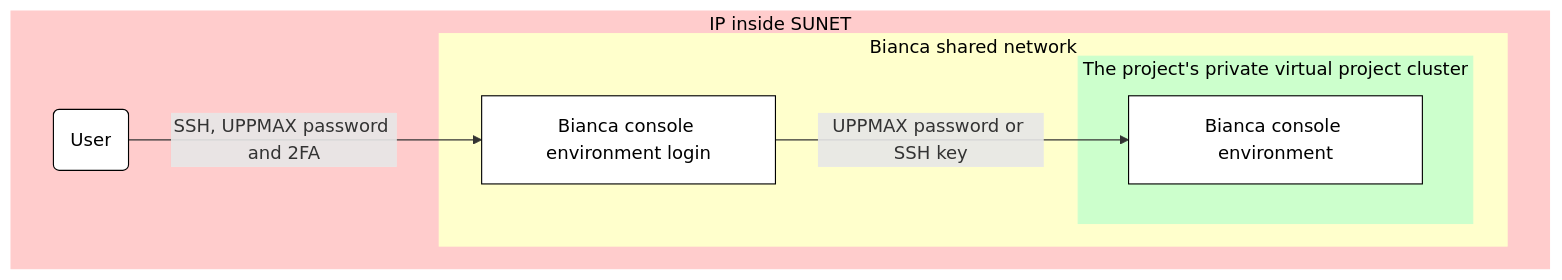
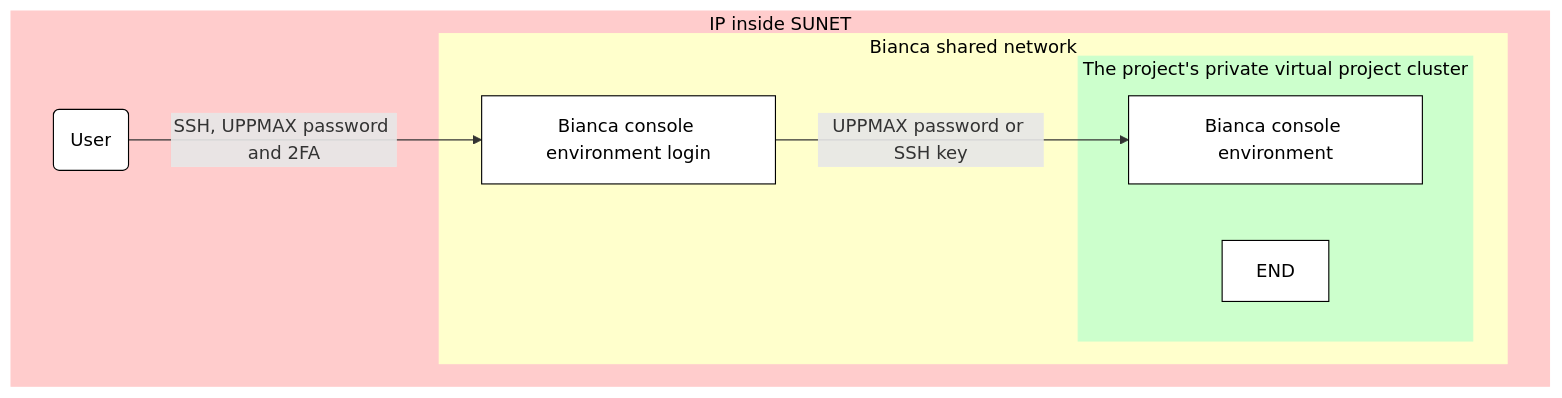
One commit to UPPMAX/UPPMAX-documentation changed the fifth of 6 diagrams in docs/getting_started/login_bianca.md. Above: the diagram before and after it, drawn with Mermaid. The commit also changed other lines of this file, not shown here.

Commit message:
Ensure the innermost square gets big enough

````diff
--- a/docs/getting_started/login_bianca.md
+++ b/docs/getting_started/login_bianca.md
@@ -544,29 +547,33 @@
 ```mermaid
 flowchart TD
 
     %% Give a white background, instead of a transparent one
     classDef node fill:#fff,color:#000,stroke:#000
 
     subgraph sub_inside[IP inside SUNET]
 
       user(User)
 
       subgraph sub_bianca_shared_env[Bianca shared network]
         bianca_shared_console[Bianca console environment login]
         subgraph sub_bianca_private_env[The project's private virtual project cluster]
           bianca_private_console[Bianca console environment]
+
+          %% Ensure the innermost square gets big enough
+          END:::hidden
+
         end
       end
     end
 
     %% Shared subgraph color scheme
     %% style sub_outside fill:#ccc,color:#000,stroke:#ccc
     style sub_inside fill:#fcc,color:#000,stroke:#fcc
     style sub_bianca_shared_env fill:#ffc,color:#000,stroke:#ffc
     style sub_bianca_private_env fill:#cfc,color:#000,stroke:#cfc
 
     %% Inside SUNET
     user-->|SSH, UPPMAX password and 2FA|bianca_shared_console
 
     bianca_shared_console --> |UPPMAX password or SSH key|bianca_private_console
 ```
````
